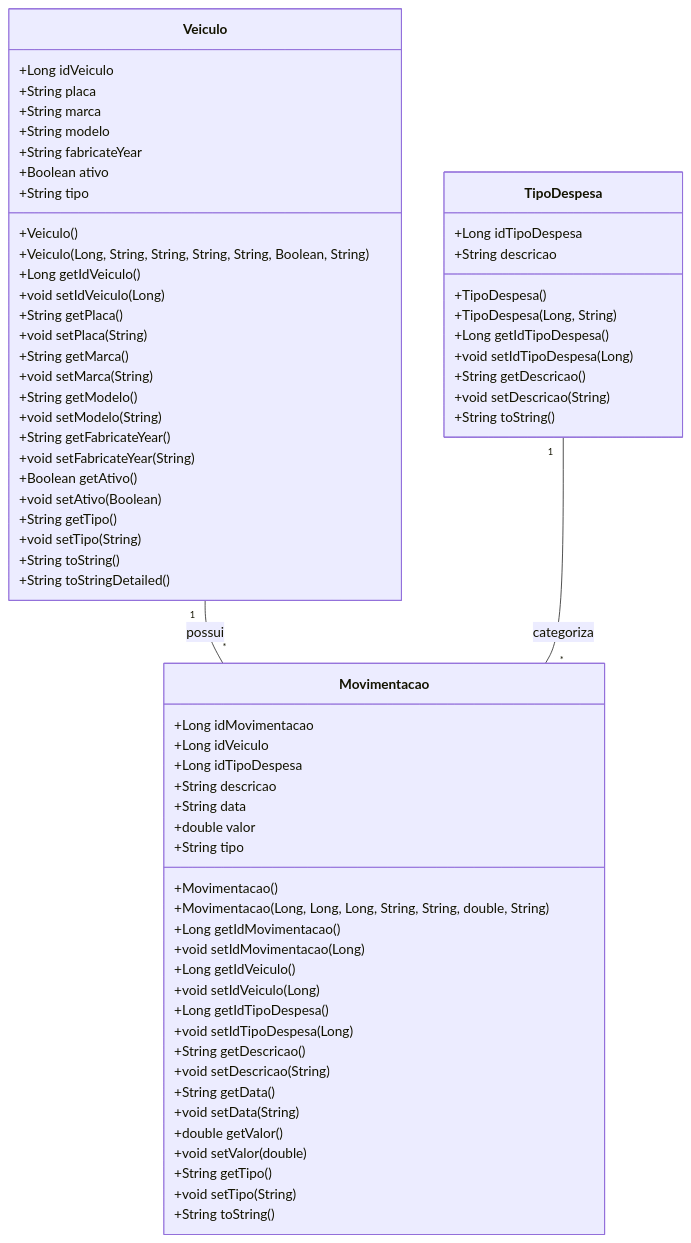
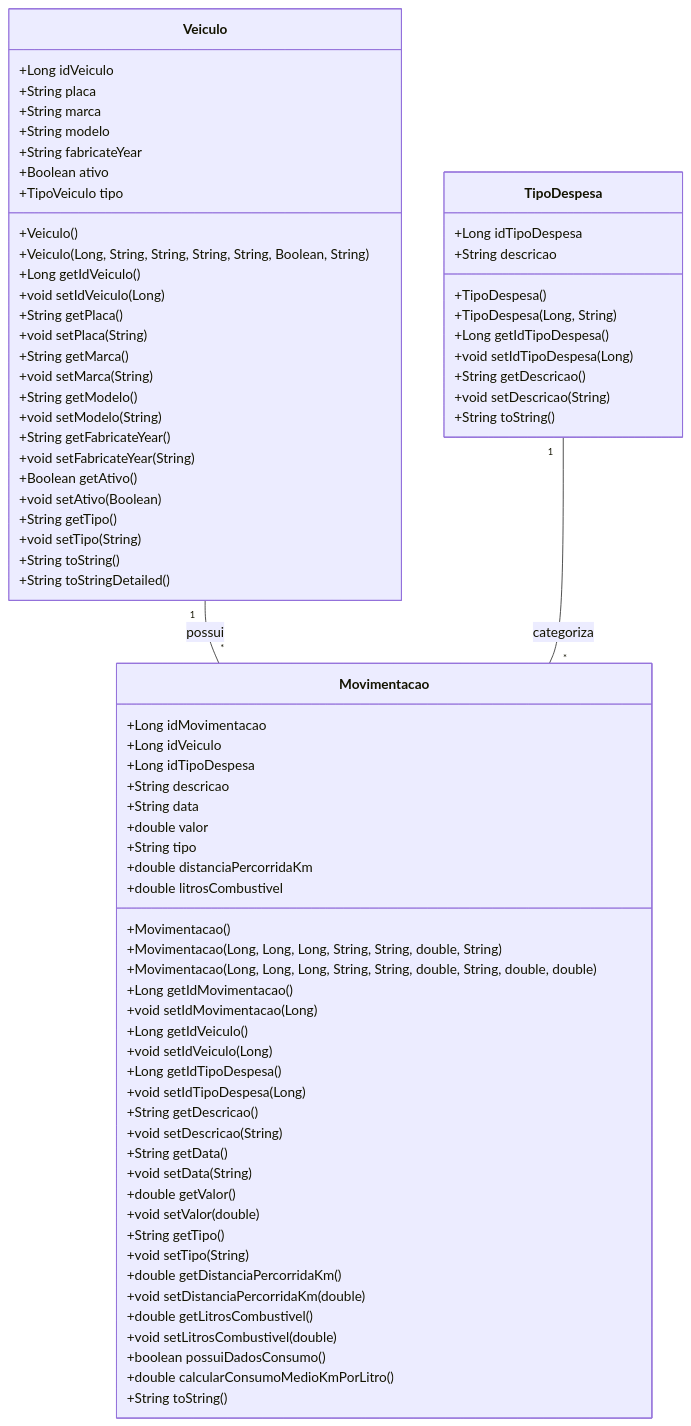
Before and after one commit to Sidney-Emanuel-Oliveira/SistemaDeFrotas-PI: the first of 2 diagrams in README.md, drawn with Mermaid. The commit also changed other lines of this file, not shown here.

````diff
--- a/README.md
+++ b/README.md
@@ -90,72 +71,81 @@
 ```mermaid
 classDiagram
     class Veiculo {
         +Long idVeiculo
         +String placa
         +String marca
         +String modelo
         +String fabricateYear
         +Boolean ativo
-        +String tipo
+        +TipoVeiculo tipo
         +Veiculo()
         +Veiculo(Long, String, String, String, String, Boolean, String)
         +Long getIdVeiculo()
         +void setIdVeiculo(Long)
         +String getPlaca()
         +void setPlaca(String)
         +String getMarca()
         +void setMarca(String)
         +String getModelo()
         +void setModelo(String)
         +String getFabricateYear()
         +void setFabricateYear(String)
         +Boolean getAtivo()
         +void setAtivo(Boolean)
         +String getTipo()
         +void setTipo(String)
         +String toString()
         +String toStringDetailed()
     }
 
     class Movimentacao {
         +Long idMovimentacao
         +Long idVeiculo
         +Long idTipoDespesa
         +String descricao
         +String data
         +double valor
         +String tipo
+        +double distanciaPercorridaKm
+        +double litrosCombustivel
         +Movimentacao()
         +Movimentacao(Long, Long, Long, String, String, double, String)
+        +Movimentacao(Long, Long, Long, String, String, double, String, double, double)
         +Long getIdMovimentacao()
         +void setIdMovimentacao(Long)
         +Long getIdVeiculo()
         +void setIdVeiculo(Long)
         +Long getIdTipoDespesa()
         +void setIdTipoDespesa(Long)
         +String getDescricao()
         +void setDescricao(String)
         +String getData()
         +void setData(String)
         +double getValor()
         +void setValor(double)
         +String getTipo()
         +void setTipo(String)
+        +double getDistanciaPercorridaKm()
+        +void setDistanciaPercorridaKm(double)
+        +double getLitrosCombustivel()
+        +void setLitrosCombustivel(double)
+        +boolean possuiDadosConsumo()
+        +double calcularConsumoMedioKmPorLitro()
         +String toString()
     }
 
     class TipoDespesa {
         +Long idTipoDespesa
         +String descricao
         +TipoDespesa()
         +TipoDespesa(Long, String)
         +Long getIdTipoDespesa()
         +void setIdTipoDespesa(Long)
         +String getDescricao()
         +void setDescricao(String)
         +String toString()
     }
 
     Veiculo "1" -- "*" Movimentacao : possui
     TipoDespesa "1" -- "*" Movimentacao : categoriza
 ```
````
